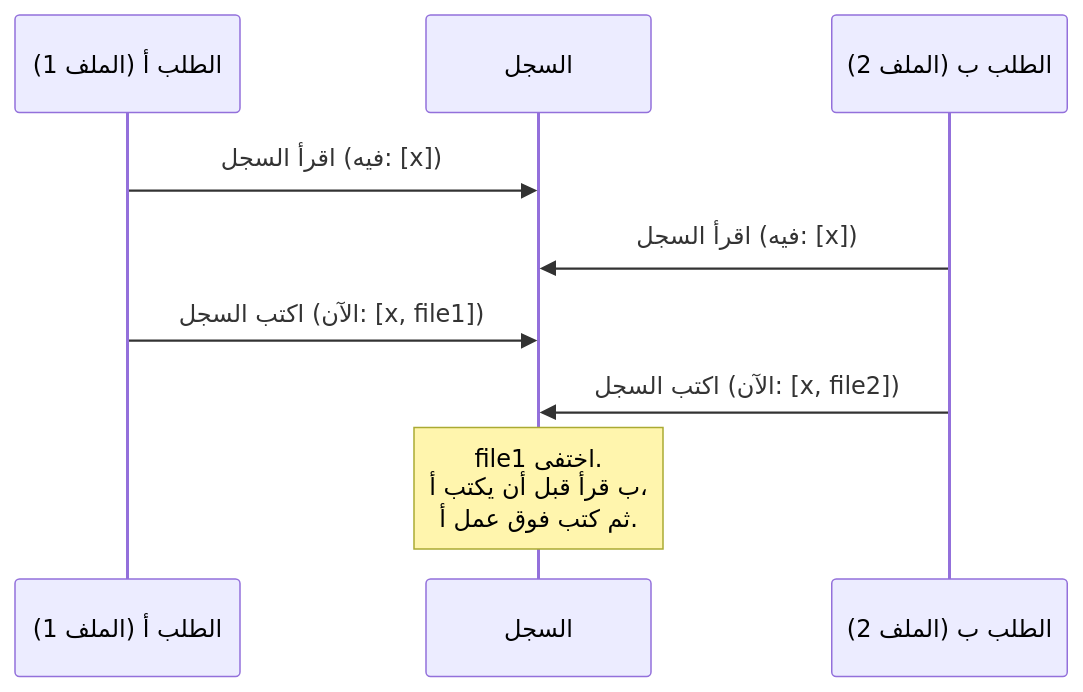
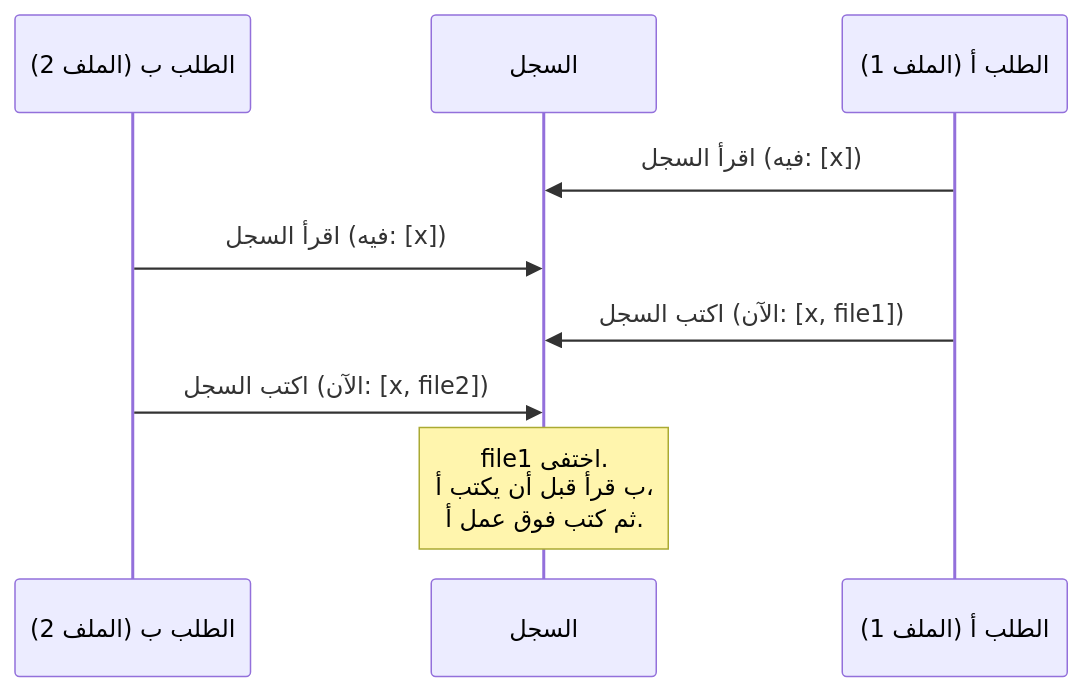
Before and after one commit to Tamoura/system-design-for-vibe-coders: the ninth of 10 diagrams in modules/02-data-storage-backups/module.ar.md, drawn with Mermaid. The commit also changed other lines of this file and 31 other files, not shown here.

First line of the commit message:
Arabic editions: diagrams flow right to left

````diff
--- a/modules/02-data-storage-backups/module.ar.md
+++ b/modules/02-data-storage-backups/module.ar.md
@@ -784,11 +784,11 @@
 ```mermaid
 sequenceDiagram
+    participant B as الطلب ب (الملف 2)
+    participant DB as السجل
     participant A as الطلب أ (الملف 1)
-    participant DB as السجل
-    participant B as الطلب ب (الملف 2)
     A->>DB: اقرأ السجل (فيه: [x])
     B->>DB: اقرأ السجل (فيه: [x])
     A->>DB: اكتب السجل (الآن: [x, file1])
     B->>DB: اكتب السجل (الآن: [x, file2])
     Note over DB: file1 اختفى.<br/>ب قرأ قبل أن يكتب أ،<br/>ثم كتب فوق عمل أ.
 ```
````
